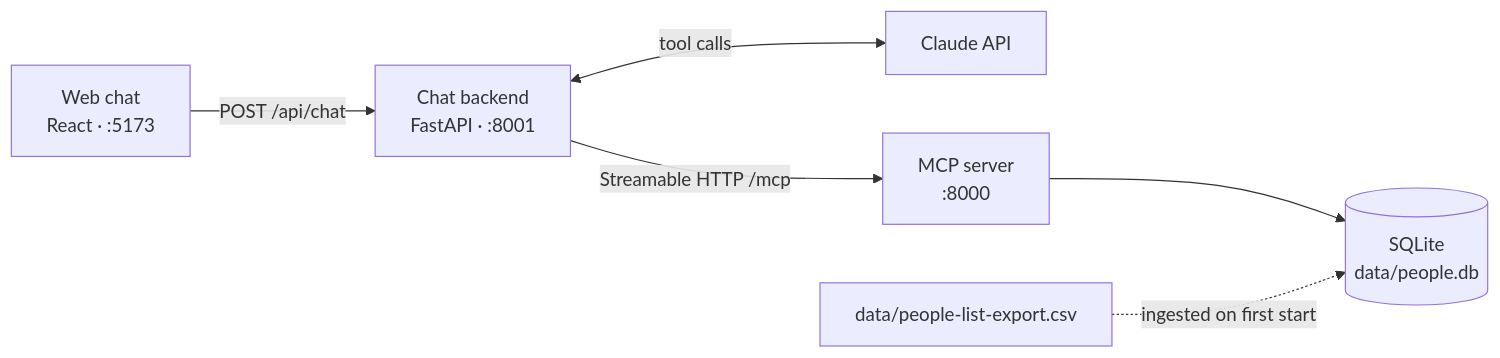
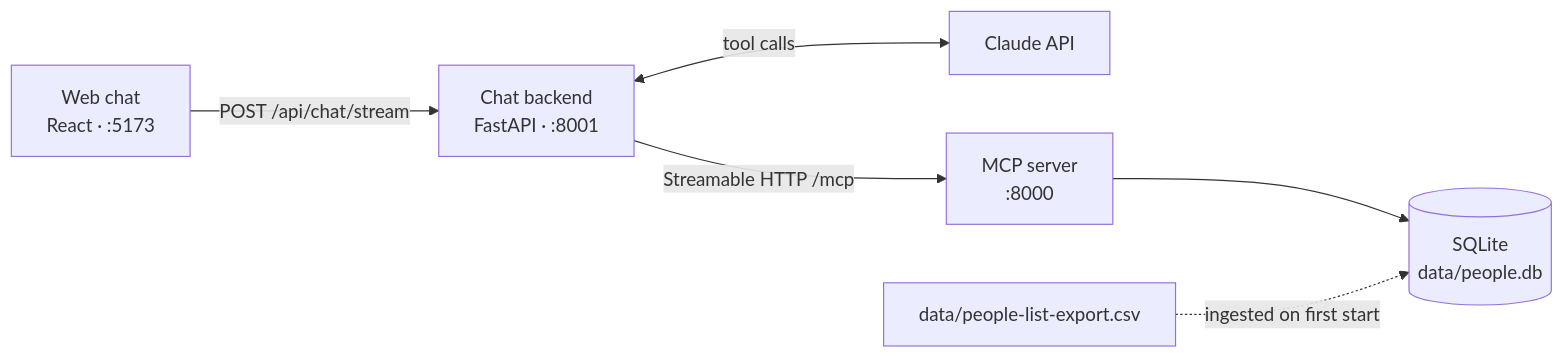
The diagram in README.md (shira-ste/peopleSearch), drawn with Mermaid before and after one commit. The commit also changed other lines of this file and 8 other files, not shown here.

````diff
--- a/README.md
+++ b/README.md
@@ -10,8 +10,8 @@
 ```mermaid
 flowchart LR
-    UI["Web chat<br/>React · :5173"] -->|POST /api/chat| API["Chat backend<br/>FastAPI · :8001"]
+    UI["Web chat<br/>React · :5173"] -->|POST /api/chat/stream| API["Chat backend<br/>FastAPI · :8001"]
     API <-->|tool calls| Claude["Claude API"]
     API -->|Streamable HTTP /mcp| MCP["MCP server<br/>:8000"]
     MCP --> DB[("SQLite<br/>data/people.db")]
     CSV["data/people-list-export.csv"] -.->|ingested on first start| DB
 ```
````
